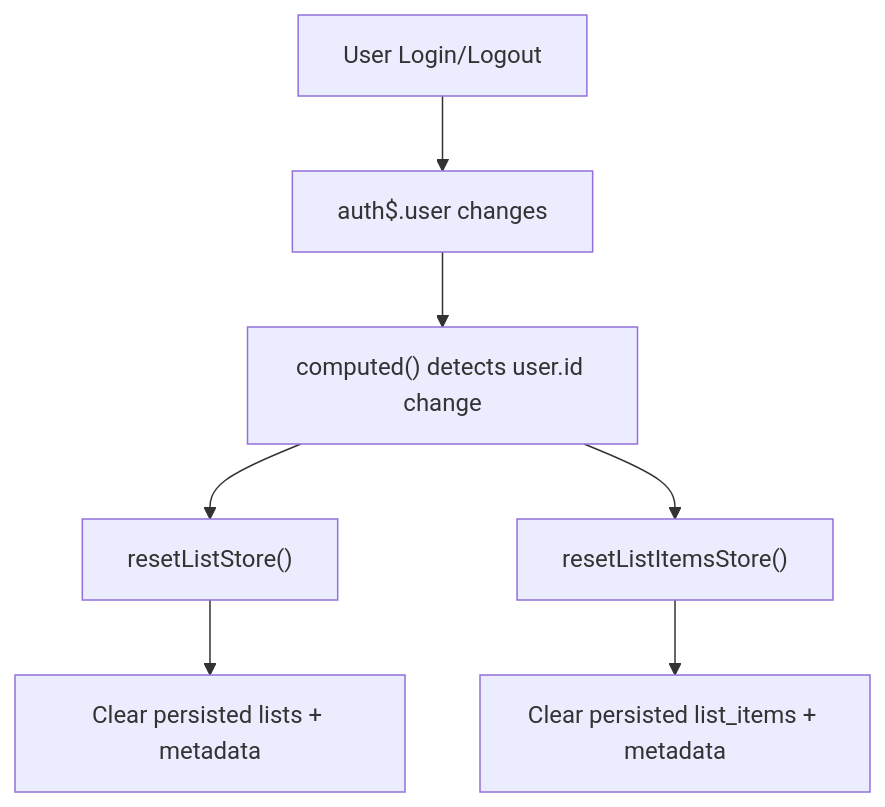
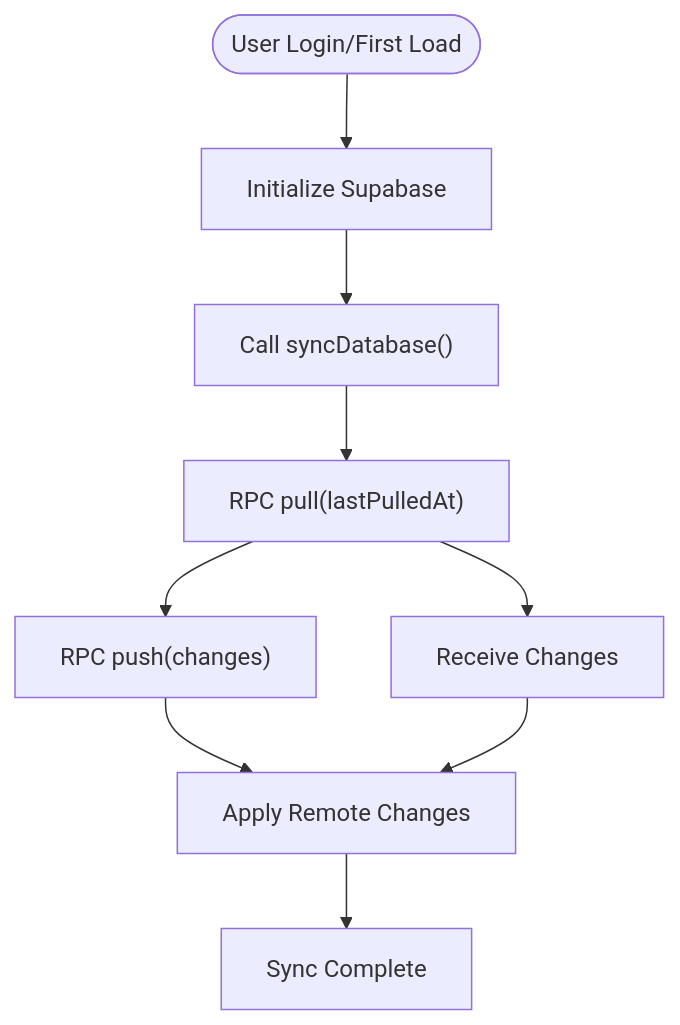
The fourth of 6 diagrams in .qoder/repowiki/en/content/Services and Utilities/Data Synchronization.md (karllasouzza/PowerLists), drawn with Mermaid before and after one commit. The commit also changed other lines of this file and 5 other files, not shown here.

````diff
--- a/.qoder/repowiki/en/content/Services and Utilities/Data Synchronization.md
+++ b/.qoder/repowiki/en/content/Services and Utilities/Data Synchronization.md
@@ -224,9 +191,11 @@
 ```mermaid
 flowchart TD
-A["User Login/Logout"] --> B["auth$.user changes"]
-B --> C["computed() detects user.id change"]
-C --> D["resetListStore()"]
-C --> E["resetListItemsStore()"]
-D --> F["Clear persisted lists + metadata"]
-E --> G["Clear persisted list_items + metadata"]
+Start(["User Login/First Load"]) --> Init["Initialize Supabase"]
+Init --> Sync["Call syncDatabase()"]
+Sync --> Pull["RPC pull(lastPulledAt)"]
+Pull --> Push["RPC push(changes)"]
+Push --> Apply["Apply Remote Changes"]
+Apply --> Success["Sync Complete"]
+Pull --> Receive["Receive Changes"]
+Receive --> Apply
 ```
````
